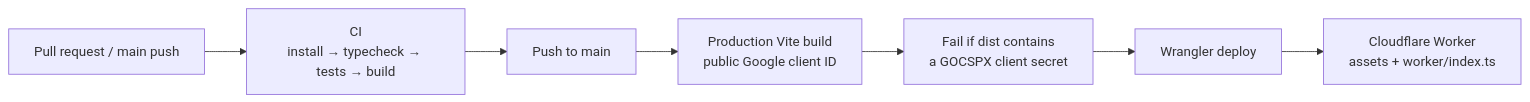
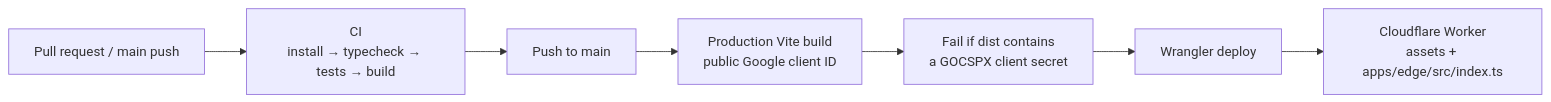
The sixth of 6 diagrams in docs/architecture.md (krmznkr/julian), drawn with Mermaid before and after one commit. The commit also changed other lines of this file and 177 other files, not shown here.

````diff
--- a/docs/architecture.md
+++ b/docs/architecture.md
@@ -270,13 +270,13 @@
 ```mermaid
 flowchart LR
   pr["Pull request / main push"]
   ci["CI<br/>install → typecheck → tests → build"]
   main["Push to main"]
   prodBuild["Production Vite build<br/>public Google client ID"]
   secretScan["Fail if dist contains<br/>a GOCSPX client secret"]
   wrangler["Wrangler deploy"]
-  worker["Cloudflare Worker<br/>assets + worker/index.ts"]
+  worker["Cloudflare Worker<br/>assets + apps/edge/src/index.ts"]
 
   pr --> ci
   ci --> main --> prodBuild --> secretScan --> wrangler --> worker
 ```
````
